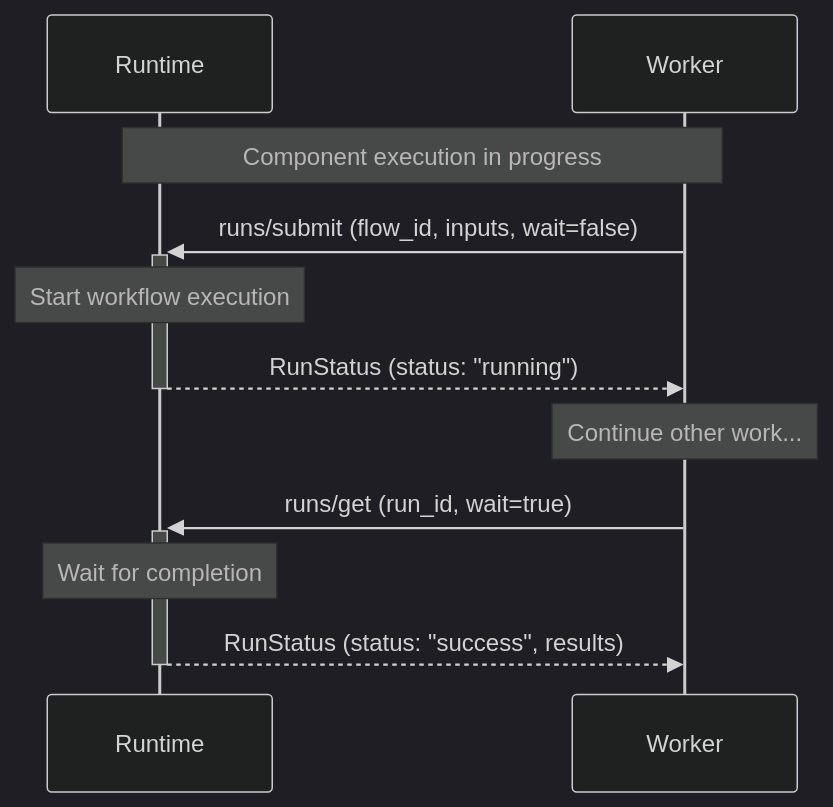
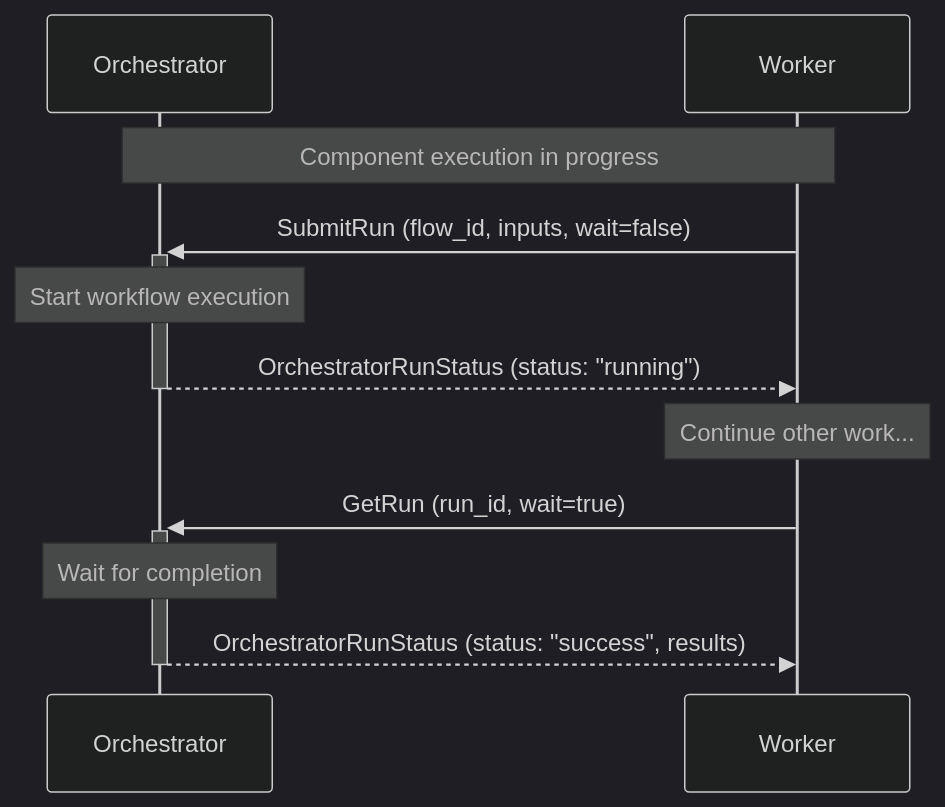
The second of 2 diagrams in docs/docs/protocol/methods/runs.md (stepflow-ai/stepflow), drawn with Mermaid (dark theme) before and after one commit. The commit also changed other lines of this file and 28 other files, not shown here.

First line of the commit message:
docs: Update documentation for gRPC-first architecture

````diff
--- a/docs/docs/protocol/methods/runs.md
+++ b/docs/docs/protocol/methods/runs.md
@@ -39,17 +39,17 @@
 ```mermaid
 sequenceDiagram
-    participant R as Runtime
-    participant S as Worker
+    participant O as Orchestrator
+    participant W as Worker
 
-    Note over R,S: Component execution in progress
+    Note over O,W: Component execution in progress
 
-    S->>+R: runs/submit (flow_id, inputs, wait=false)
-    Note over R: Start workflow execution
-    R-->>-S: RunStatus (status: "running")
+    W->>+O: SubmitRun (flow_id, inputs, wait=false)
+    Note over O: Start workflow execution
+    O-->>-W: OrchestratorRunStatus (status: "running")
 
-    Note over S: Continue other work...
+    Note over W: Continue other work...
 
-    S->>+R: runs/get (run_id, wait=true)
-    Note over R: Wait for completion
-    R-->>-S: RunStatus (status: "success", results)
+    W->>+O: GetRun (run_id, wait=true)
+    Note over O: Wait for completion
+    O-->>-W: OrchestratorRunStatus (status: "success", results)
 ```
````
